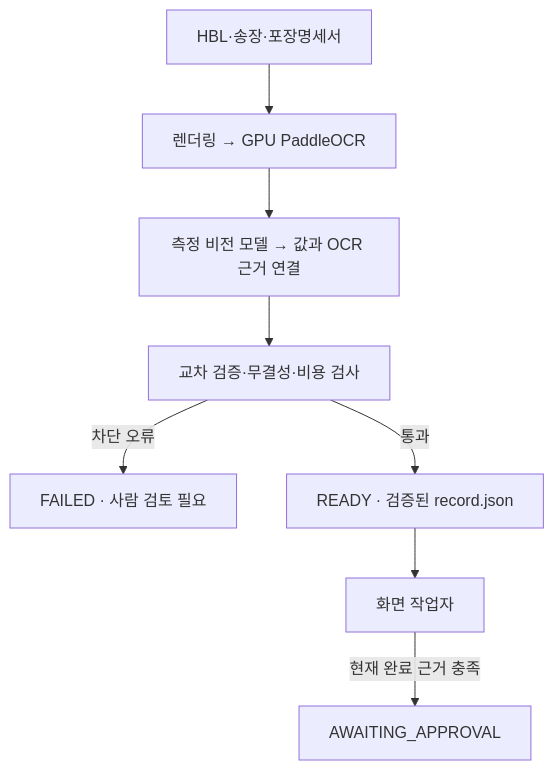
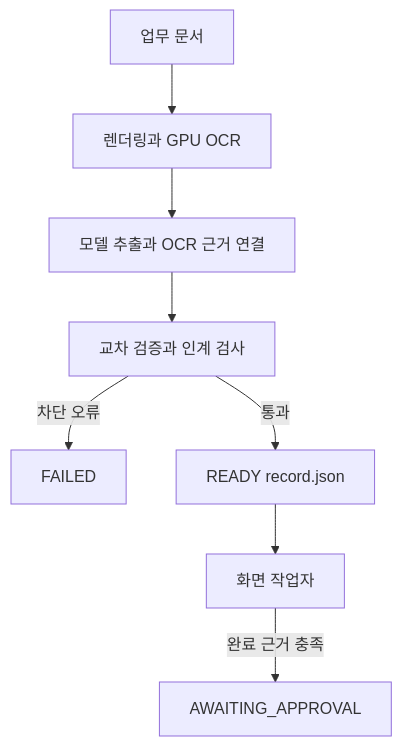
One commit to Dreamtreeme/agent-sawon changed the first of 3 diagrams in docs/code-flow.md. Above: the diagram before and after it, drawn with Mermaid. The commit also changed other lines of this file and 56 other files, not shown here.

````diff
--- a/docs/code-flow.md
+++ b/docs/code-flow.md
@@ -10,10 +8,10 @@
 ```mermaid
 flowchart TD
-    DOC["HBL·송장·포장명세서"] --> OCR["렌더링 → GPU PaddleOCR"]
-    OCR --> EX["측정 비전 모델 → 값과 OCR 근거 연결"]
-    EX --> CHECK["교차 검증·무결성·비용 검사"]
-    CHECK -->|차단 오류| FAIL["FAILED · 사람 검토 필요"]
-    CHECK -->|통과| READY["READY · 검증된 record.json"]
-    READY --> WORKER["화면 작업자"]
-    WORKER -->|현재 완료 근거 충족| APPROVAL["AWAITING_APPROVAL"]
+    DOC[업무 문서] --> OCR[렌더링과 GPU OCR]
+    OCR --> EX[모델 추출과 OCR 근거 연결]
+    EX --> CHECK[교차 검증과 인계 검사]
+    CHECK -->|차단 오류| FAIL[FAILED]
+    CHECK -->|통과| READY[READY record.json]
+    READY --> WORKER[화면 작업자]
+    WORKER -->|완료 근거 충족| APPROVAL[AWAITING_APPROVAL]
 ```
````
